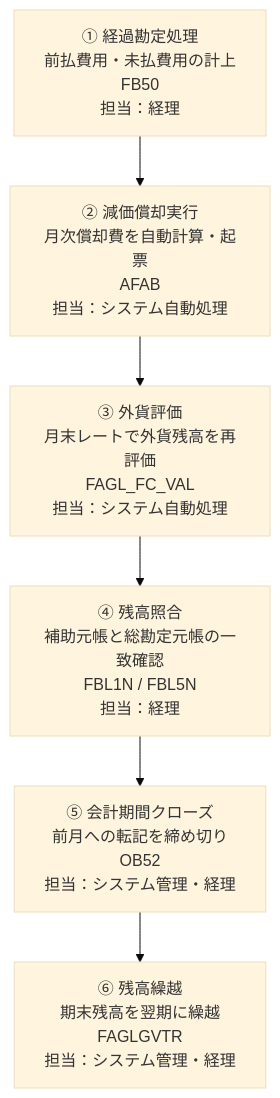
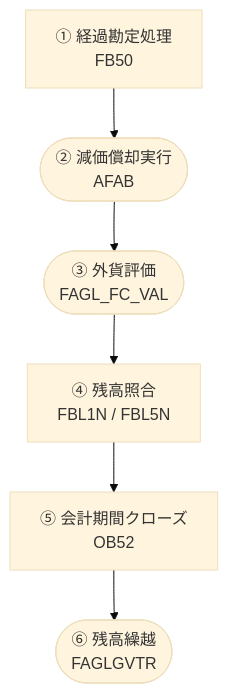
One commit to ryuto0203/sap-blog-hugo changed the second of 4 diagrams in content/blog/sap-fi-business-flow.md. Above: the diagram before and after it, drawn with Mermaid (base theme). The commit also changed other lines of this file and 4 other files, not shown here.

First line of the commit message:
Mermaid図の品質改善・凡例の構造化・CLAUDE.md更新

````diff
--- a/content/blog/sap-fi-business-flow.md
+++ b/content/blog/sap-fi-business-flow.md
@@ -200,15 +206,15 @@
 ```mermaid
 flowchart TD
-    S1["① 経過勘定処理\n前払費用・未払費用の計上\nFB50\n担当：経理"]
-    S2["② 減価償却実行\n月次償却費を自動計算・起票\nAFAB\n担当：システム自動処理"]
-    S3["③ 外貨評価\n月末レートで外貨残高を再評価\nFAGL_FC_VAL\n担当：システム自動処理"]
-    S4["④ 残高照合\n補助元帳と総勘定元帳の一致確認\nFBL1N / FBL5N\n担当：経理"]
-    S5["⑤ 会計期間クローズ\n前月への転記を締め切り\nOB52\n担当：システム管理・経理"]
-    S6["⑥ 残高繰越\n期末残高を翌期に繰越\nFAGLGVTR\n担当：システム管理・経理"]
+    S1["① 経過勘定処理\nFB50"]
+    S2(["② 減価償却実行\nAFAB"])
+    S3(["③ 外貨評価\nFAGL_FC_VAL"])
+    S4["④ 残高照合\nFBL1N / FBL5N"]
+    S5["⑤ 会計期間クローズ\nOB52"]
+    S6(["⑥ 残高繰越\nFAGLGVTR"])
 
     S1 --> S2
     S2 --> S3
     S3 --> S4
     S4 --> S5
     S5 --> S6
 ```
````
